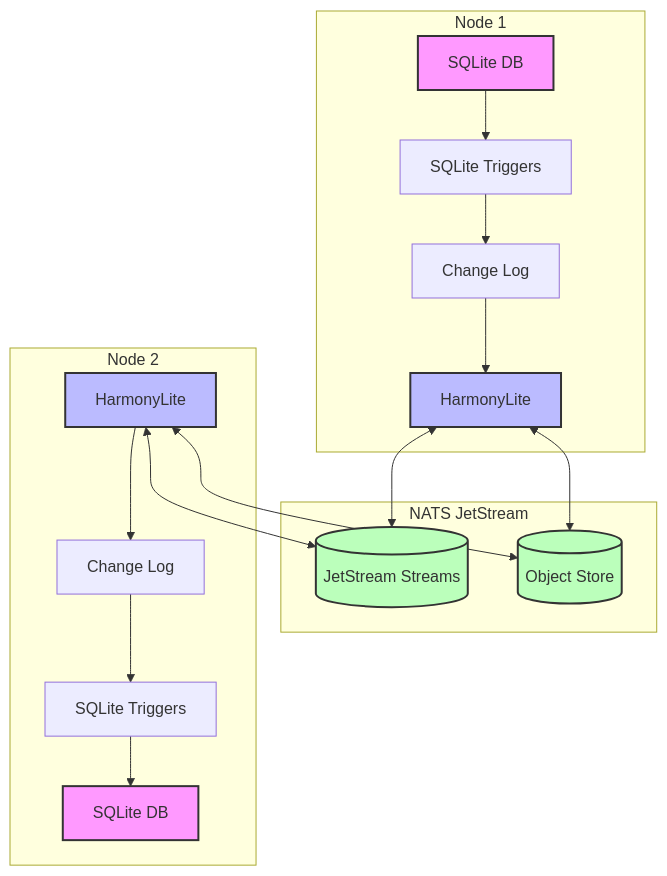
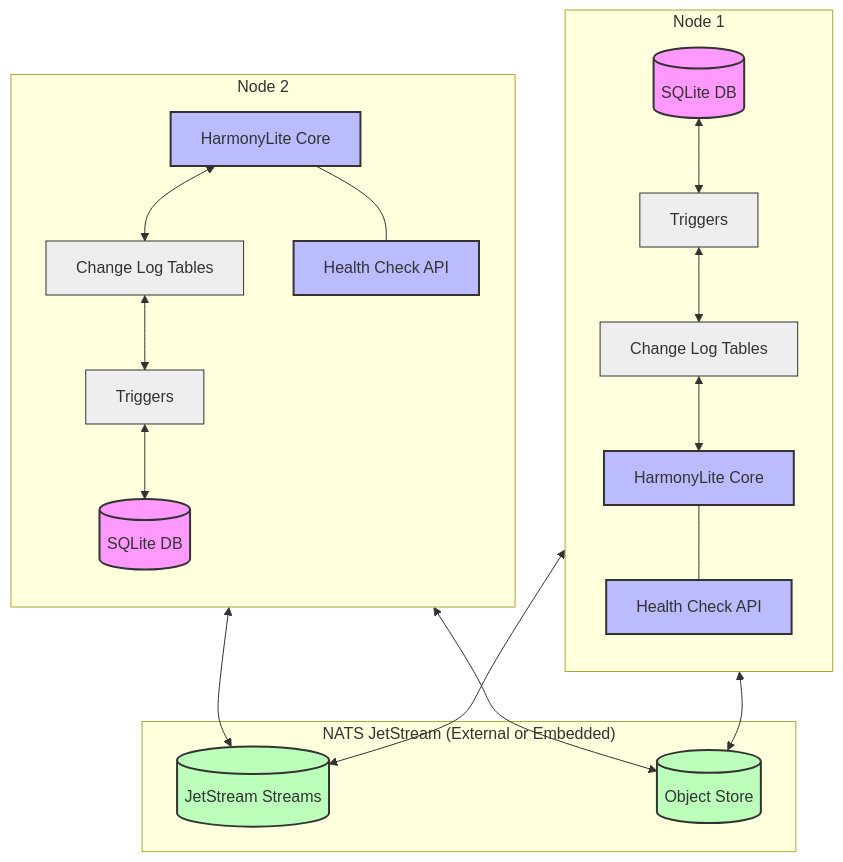
One commit to wongfei2009/harmonylite changed the first of 7 diagrams in docs/docs/architecture.md. Above: the diagram before and after it, drawn with Mermaid. The commit also changed other lines of this file, not shown here.

Commit message:
docs: improve architecture diagrams

````diff
--- a/docs/docs/architecture.md
+++ b/docs/docs/architecture.md
@@ -24,32 +24,38 @@
 ```mermaid
 flowchart TB
     subgraph "Node 1"
-        DB1[SQLite DB] --> Triggers1[SQLite Triggers]
-        Triggers1 --> ChangeLog1[Change Log]
-        ChangeLog1 --> HarmonyLite1[HarmonyLite]
+        direction TB
+        DB1[("SQLite DB")] <--> Triggers1["Triggers"]
+        Triggers1 <--> ChangeLog1["Change Log Tables"]
+        ChangeLog1 <--> HarmonyLite1["HarmonyLite Core"]
+        HarmonyLite1 --- Health1["Health Check API"]
     end
 
-    subgraph "NATS JetStream"
-        Streams[(JetStream Streams)]
-        Objects[(Object Store)]
+    subgraph "NATS JetStream (External or Embedded)"
+        Streams[("JetStream Streams")]
+        Objects[("Object Store")]
     end
 
     subgraph "Node 2"
-        HarmonyLite2[HarmonyLite] --> ChangeLog2[Change Log]
-        ChangeLog2 --> Triggers2[SQLite Triggers]
-        Triggers2 --> DB2[SQLite DB]
+        direction TB
+        HarmonyLite2["HarmonyLite Core"] <--> ChangeLog2["Change Log Tables"]
+        ChangeLog2 <--> Triggers2["Triggers"]
+        Triggers2 <--> DB2[("SQLite DB")]
+        HarmonyLite2 --- Health2["Health Check API"]
     end
 
     HarmonyLite1 <--> Streams
     HarmonyLite2 <--> Streams
     HarmonyLite1 <--> Objects
     HarmonyLite2 <--> Objects
 
     classDef sqlite fill:#f9f,stroke:#333,stroke-width:2px
     classDef harmony fill:#bbf,stroke:#333,stroke-width:2px
     classDef nats fill:#bfb,stroke:#333,stroke-width:2px
+    classDef component fill:#eee,stroke:#333,stroke-width:1px
     
     class DB1,DB2 sqlite
-    class HarmonyLite1,HarmonyLite2 harmony
+    class HarmonyLite1,HarmonyLite2,Health1,Health2 harmony
     class Streams,Objects nats
+    class Triggers1,ChangeLog1,Triggers2,ChangeLog2 component
 ```
````
